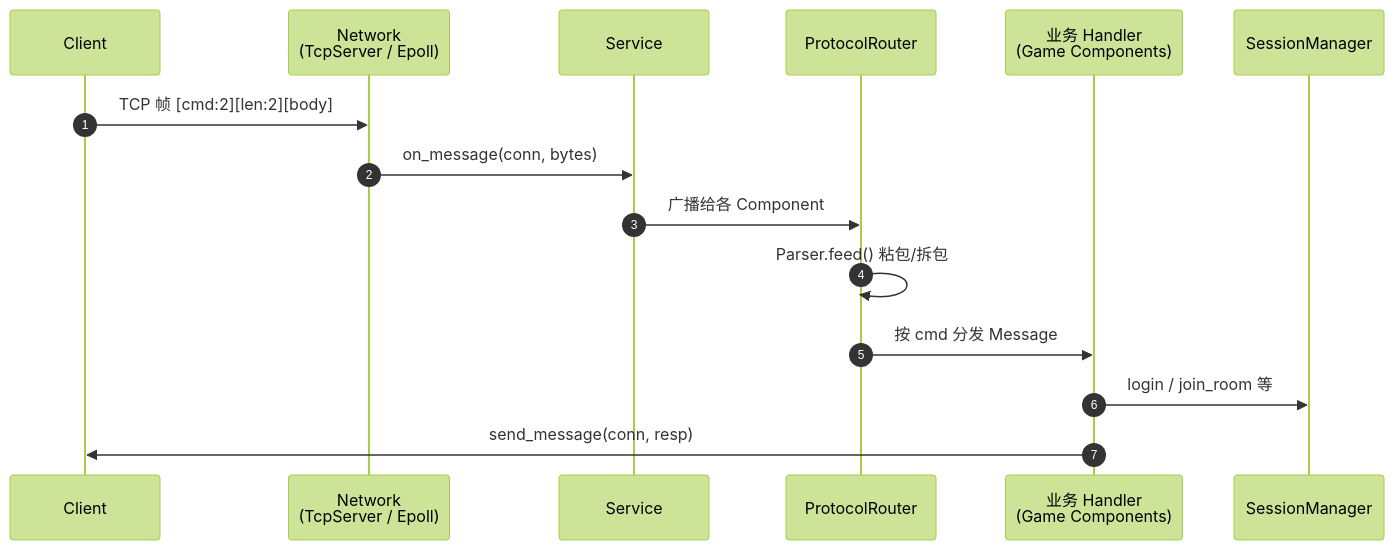
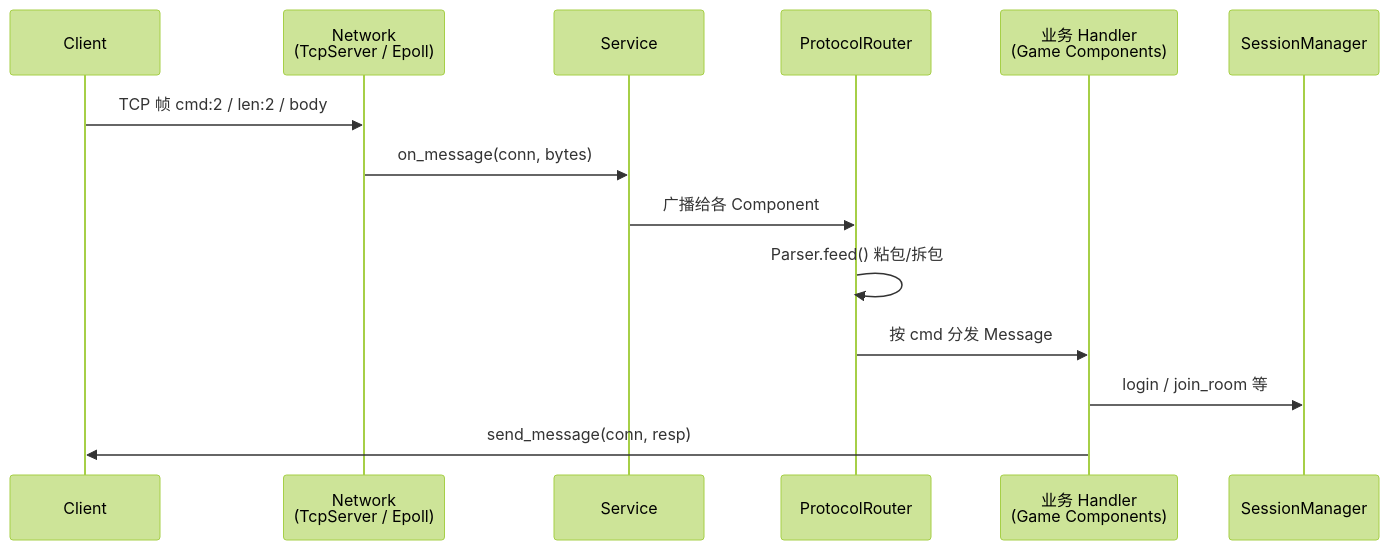
One commit to Kwell/ChwellCore changed the second of 10 diagrams in README.md. Above: the diagram before and after it, drawn with Mermaid (forest theme). The commit also changed other lines of this file and 1 other file, not shown here.

Commit message:
docs: fix mermaid render errors (escape angle brackets, drop autonumber)

````diff
--- a/README.md
+++ b/README.md
@@ -166,18 +166,17 @@
 ```mermaid
 sequenceDiagram
-    autonumber
     participant C as Client
     participant N as Network<br/>(TcpServer / Epoll)
     participant S as Service
     participant R as ProtocolRouter
     participant H as 业务 Handler<br/>(Game Components)
     participant SM as SessionManager
 
-    C->>N: TCP 帧 [cmd:2][len:2][body]
+    C->>N: TCP 帧 cmd:2 / len:2 / body
     N->>S: on_message(conn, bytes)
     S->>R: 广播给各 Component
     R->>R: Parser.feed() 粘包/拆包
     R->>H: 按 cmd 分发 Message
     H->>SM: login / join_room 等
     H->>C: send_message(conn, resp)
 ```
````
